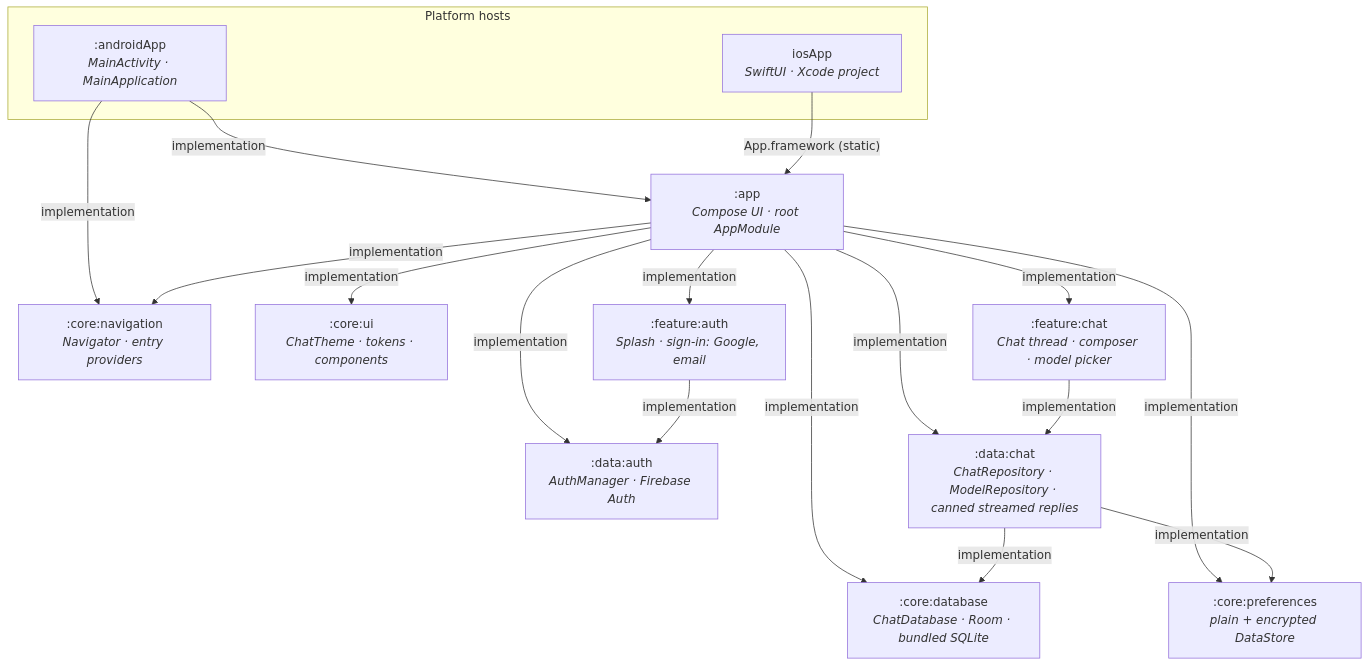
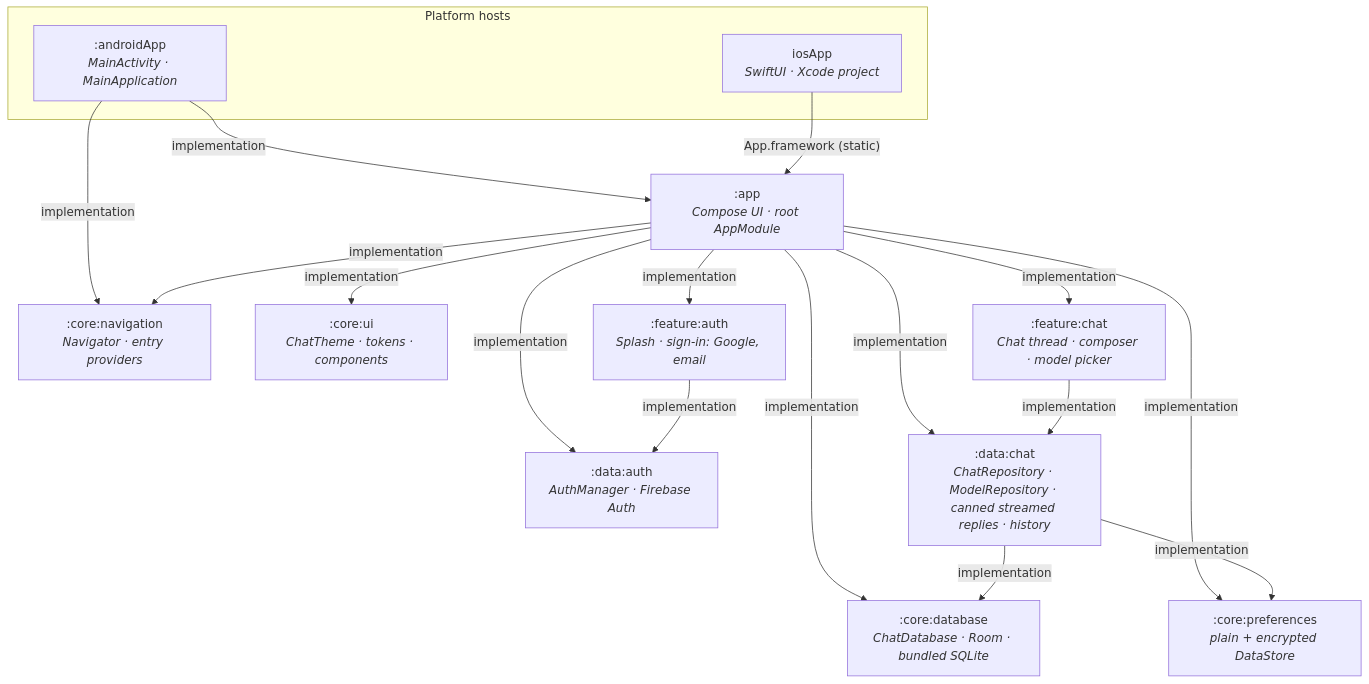
One commit to weslley-poatek/chat changed the diagram in README.md. Above: the diagram before and after it, drawn with Mermaid. The commit also changed other lines of this file and 19 other files, not shown here.

Commit message:
✨ feat: Add History's list, search, grouping, pin, archive and delete to data:chat.

````diff
--- a/README.md
+++ b/README.md
@@ -87,33 +88,33 @@
 ```mermaid
 flowchart TD
     subgraph hosts ["Platform hosts"]
         androidApp[":androidApp<br/><i>MainActivity · MainApplication</i>"]
         iosApp["iosApp<br/><i>SwiftUI · Xcode project</i>"]
     end
 
     app[":app<br/><i>Compose UI · root AppModule</i>"]
     db[":core:database<br/><i>ChatDatabase · Room · bundled SQLite</i>"]
     nav[":core:navigation<br/><i>Navigator · entry providers</i>"]
     prefs[":core:preferences<br/><i>plain + encrypted DataStore</i>"]
     ui[":core:ui<br/><i>ChatTheme · tokens · components</i>"]
     featureAuth[":feature:auth<br/><i>Splash · sign-in: Google, email</i>"]
     featureChat[":feature:chat<br/><i>Chat thread · composer · model picker</i>"]
     dataAuth[":data:auth<br/><i>AuthManager · Firebase Auth</i>"]
-    dataChat[":data:chat<br/><i>ChatRepository · ModelRepository · canned streamed replies</i>"]
+    dataChat[":data:chat<br/><i>ChatRepository · ModelRepository · canned streamed replies · history</i>"]
 
     androidApp -- "implementation" --> app
     androidApp -- "implementation" --> nav
     iosApp -- "App.framework (static)" --> app
     app -- "implementation" --> db
     app -- "implementation" --> nav
     app -- "implementation" --> prefs
     app -- "implementation" --> ui
     app -- "implementation" --> featureAuth
     app -- "implementation" --> featureChat
     app -- "implementation" --> dataAuth
     app -- "implementation" --> dataChat
     featureAuth -- "implementation" --> dataAuth
     featureChat -- "implementation" --> dataChat
     dataChat -- "implementation" --> db
     dataChat -- "implementation" --> prefs
 ```
````
